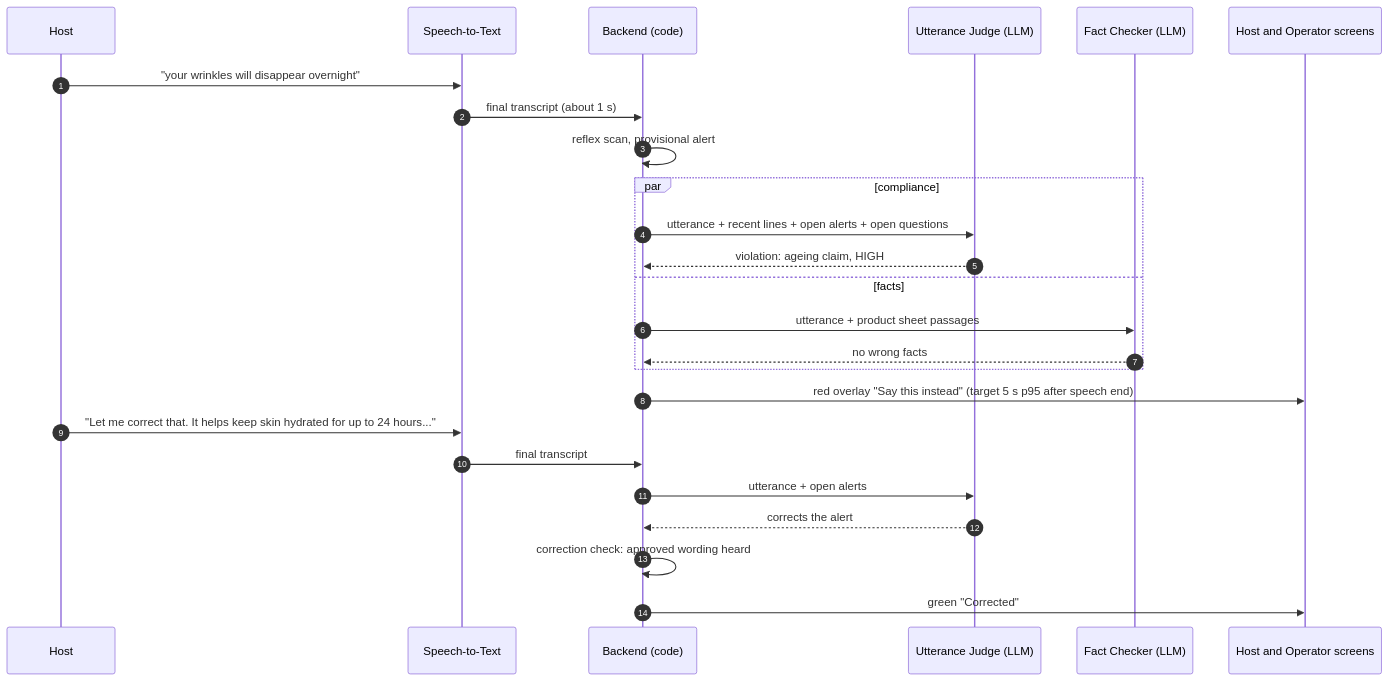
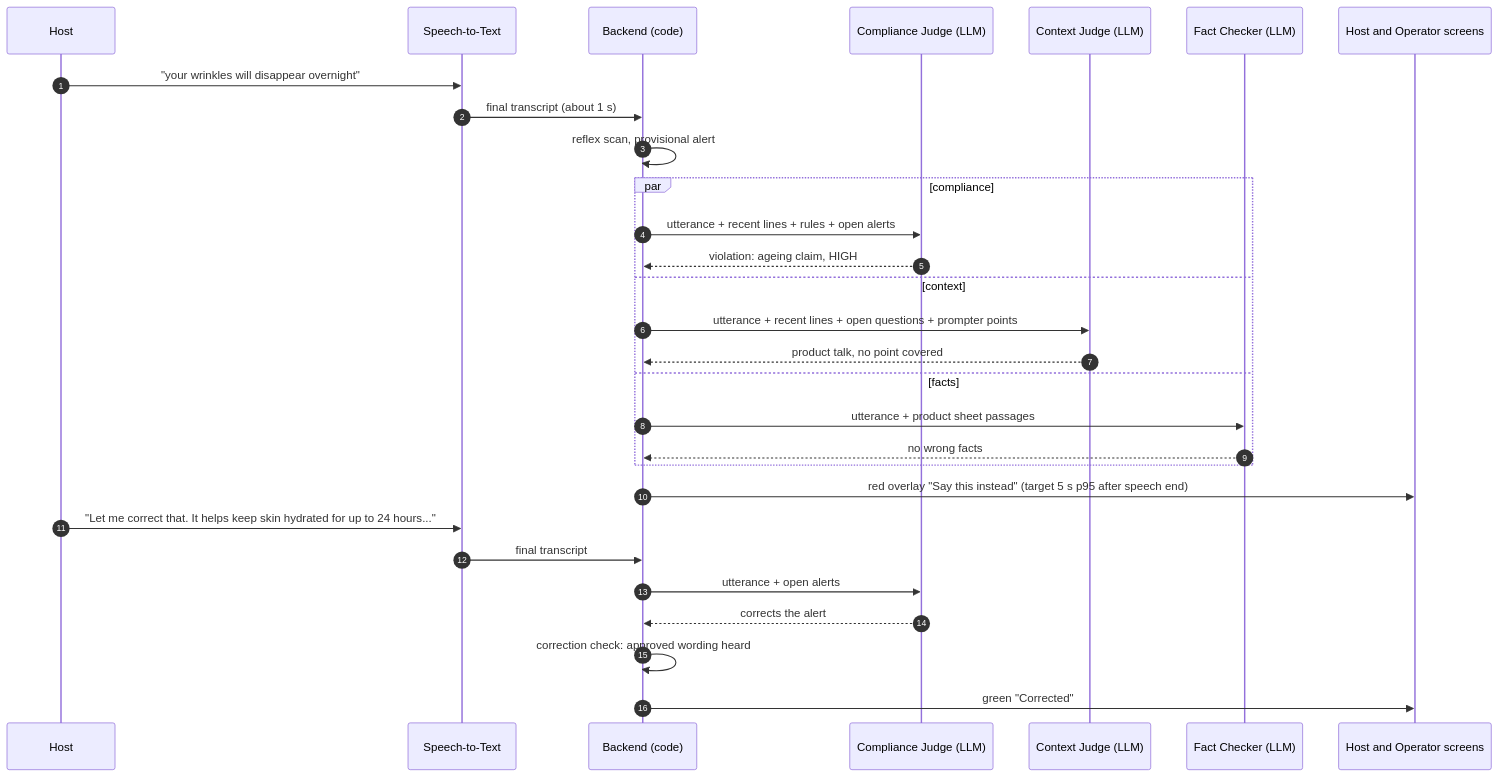
One commit to jwchoiKR/ai_builder_cup_uh changed the fourth of 5 diagrams in docs/architecture.md. Above: the diagram before and after it, drawn with Mermaid. The commit also changed other lines of this file and 53 other files, not shown here.

First line of the commit message:
Three utterance agents in parallel: compliance judge, context judge, fact checker (D-099)

````diff
--- a/docs/architecture.md
+++ b/docs/architecture.md
@@ -137,27 +140,31 @@
 ```mermaid
 sequenceDiagram
   autonumber
   participant Host
   participant STT as Speech-to-Text
   participant BE as Backend (code)
-  participant J as Utterance Judge (LLM)
+  participant J as Compliance Judge (LLM)
+  participant X as Context Judge (LLM)
   participant F as Fact Checker (LLM)
   participant UI as Host and Operator screens
   Host->>STT: "your wrinkles will disappear overnight"
   STT->>BE: final transcript (about 1 s)
   BE->>BE: reflex scan, provisional alert
   par compliance
-    BE->>J: utterance + recent lines + open alerts + open questions
+    BE->>J: utterance + recent lines + rules + open alerts
     J-->>BE: violation: ageing claim, HIGH
+  and context
+    BE->>X: utterance + recent lines + open questions + prompter points
+    X-->>BE: product talk, no point covered
   and facts
     BE->>F: utterance + product sheet passages
     F-->>BE: no wrong facts
   end
   BE->>UI: red overlay "Say this instead" (target 5 s p95 after speech end)
   Host->>STT: "Let me correct that. It helps keep skin hydrated for up to 24 hours..."
   STT->>BE: final transcript
   BE->>J: utterance + open alerts
   J-->>BE: corrects the alert
   BE->>BE: correction check: approved wording heard
   BE->>UI: green "Corrected"
 ```
````
